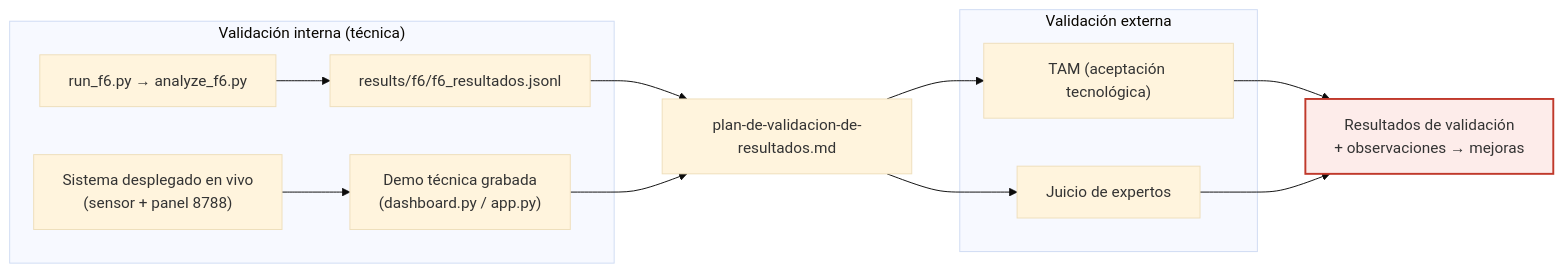
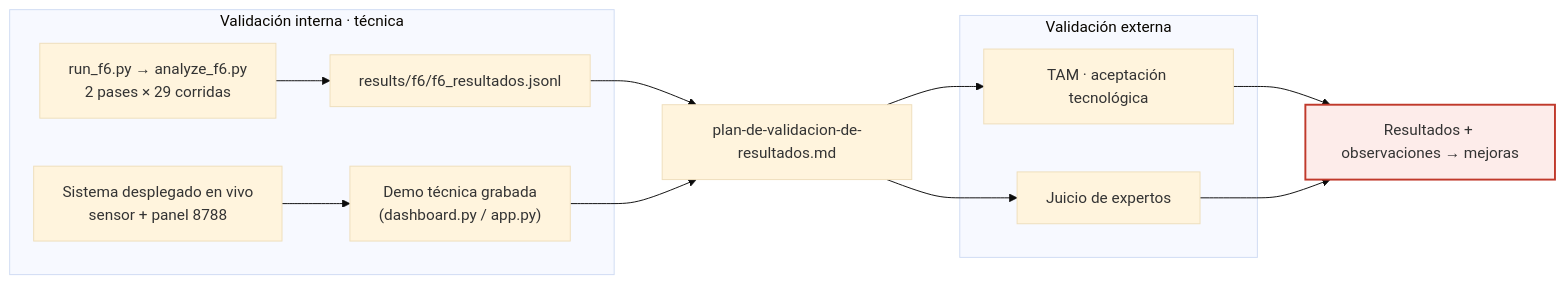
The diagram in 02-metodologia/metodologia-7-fases/F7-validacion.md (marksato13/VF-PPI-TESIS-ORQUESTACION), drawn with Mermaid (base theme) before and after one commit. The commit also changed other lines of this file and 6 other files, not shown here.

````diff
--- a/02-metodologia/metodologia-7-fases/F7-validacion.md
+++ b/02-metodologia/metodologia-7-fases/F7-validacion.md
@@ -10,21 +11,21 @@
 ```mermaid
 flowchart LR
-  SYS["Sistema desplegado en vivo<br/>(sensor + panel 8788)"]
-  subgraph INT["Validación interna (técnica)"]
-    RUN["run_f6.py → analyze_f6.py"] --> JSONL["results/f6/f6_resultados.jsonl"]
+  SYS["Sistema desplegado en vivo<br/>sensor + panel 8788"]
+  subgraph INT["Validación interna · técnica"]
+    RUN["run_f6.py → analyze_f6.py<br/>2 pases × 29 corridas"]
+    RUN --> JSONL["results/f6/f6_resultados.jsonl"]
     SYS --> DEMO["Demo técnica grabada<br/>(dashboard.py / app.py)"]
   end
   subgraph EXT["Validación externa"]
-    TAM["TAM (aceptación tecnológica)"]
+    TAM["TAM · aceptación tecnológica"]
     EXP["Juicio de expertos"]
   end
   JSONL --> PLAN["plan-de-validacion-de-resultados.md"]
   DEMO --> PLAN
   PLAN --> TAM
   PLAN --> EXP
-  TAM --> OUT["Resultados de validación<br/>+ observaciones → mejoras"]
+  TAM --> OUT["Resultados + observaciones → mejoras"]
   EXP --> OUT
-
   classDef aporte fill:#FDECEA,stroke:#C0392B,stroke-width:2px;
   class OUT aporte;
 ```
````
